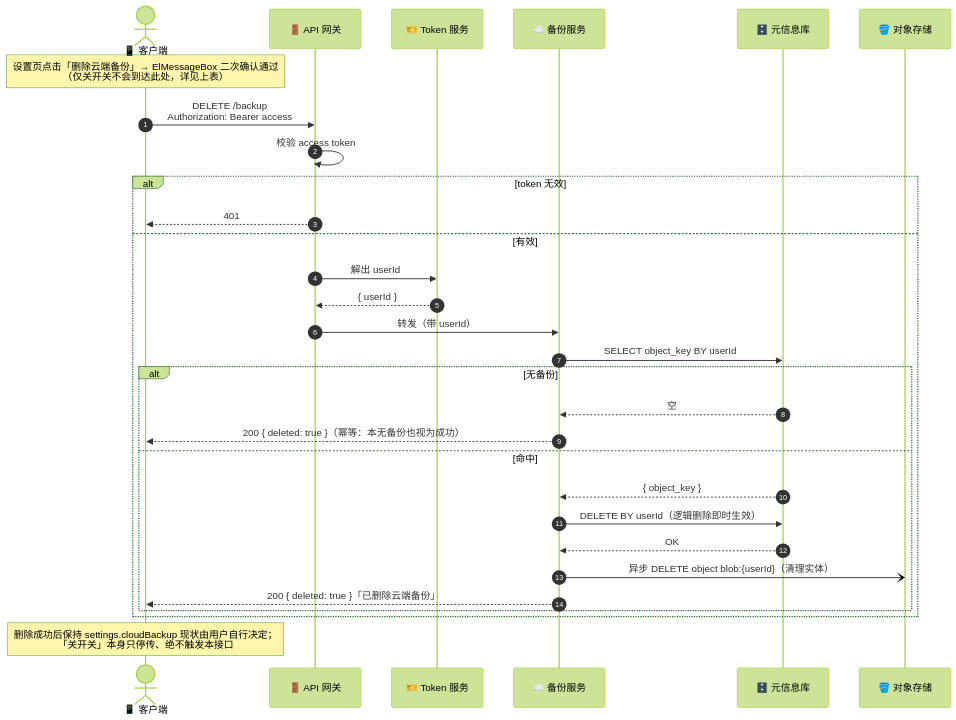
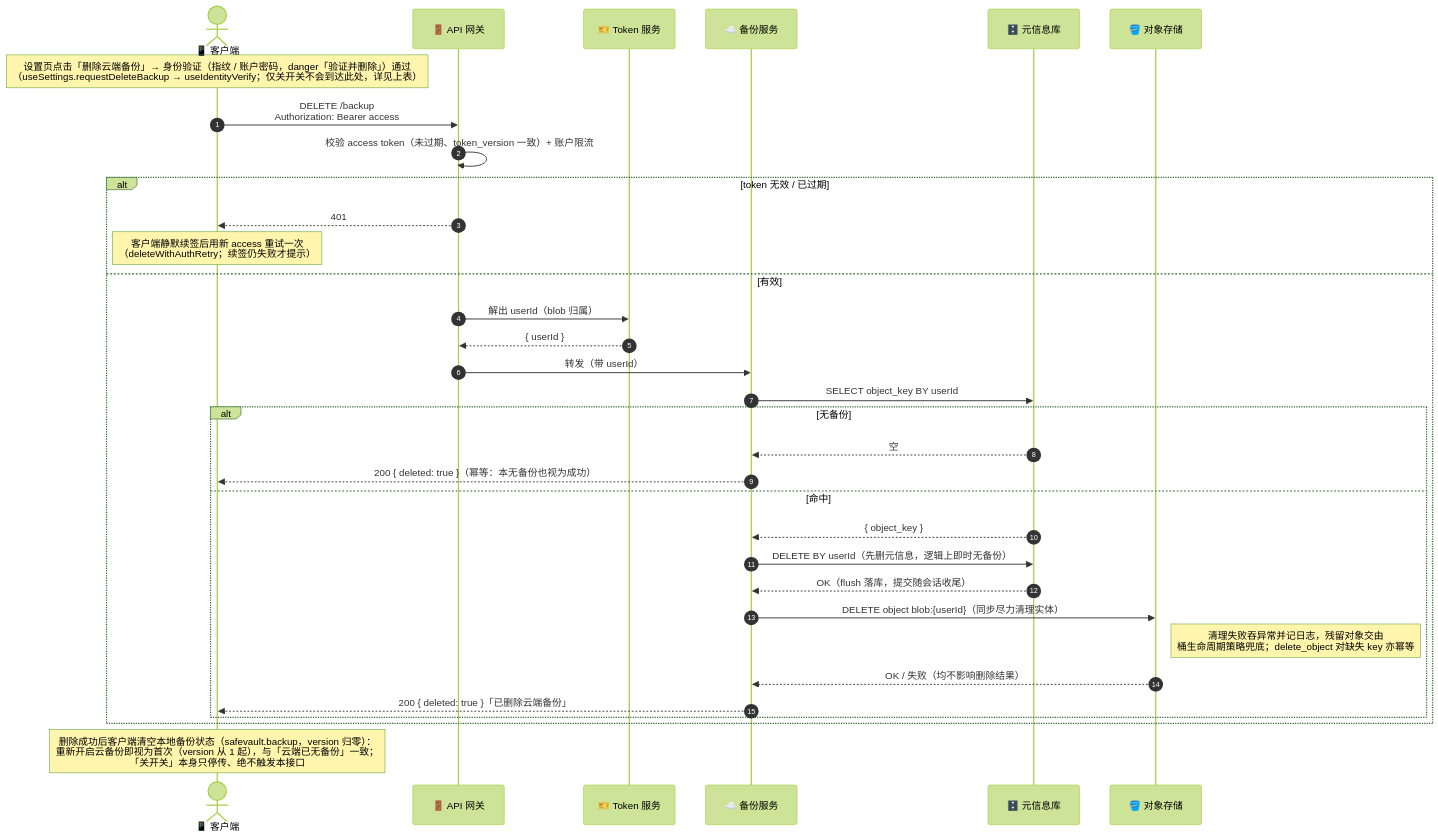
Before and after one commit to zs2731070169-web/safe_password_management: the sixth of 6 diagrams in SDD/SafeVault模块2-加密备份blob存储-时序图 v1.0.md, drawn with Mermaid (forest theme). The commit also changed other lines of this file and 69 other files, not shown here.

````diff
--- a/SDD/SafeVault模块2-加密备份blob存储-时序图 v1.0.md
+++ b/SDD/SafeVault模块2-加密备份blob存储-时序图 v1.0.md
@@ -218,33 +226,36 @@
 ```mermaid
 sequenceDiagram
     autonumber
     actor App as 📱 客户端
     participant GW as 🚪 API 网关
     participant Token as 🎫 Token 服务
     participant Backup as ☁️ 备份服务
     participant Meta as 🗄️ 元信息库
     participant OSS as 🪣 对象存储
 
-    Note over App: 设置页点击「删除云端备份」→ ElMessageBox 二次确认通过<br/>（仅关开关不会到达此处，详见上表）
+    Note over App: 设置页点击「删除云端备份」→ 身份验证（指纹 / 账户密码，danger「验证并删除」）通过<br/>（useSettings.requestDeleteBackup → useIdentityVerify；仅关开关不会到达此处，详见上表）
     App->>GW: DELETE /backup<br/>Authorization: Bearer access
-    GW->>GW: 校验 access token
-    alt token 无效
+    GW->>GW: 校验 access token（未过期、token_version 一致）+ 账户限流
+    alt token 无效 / 已过期
         GW-->>App: 401
+        Note over App: 客户端静默续签后用新 access 重试一次<br/>（deleteWithAuthRetry；续签仍失败才提示）
     else 有效
-        GW->>Token: 解出 userId
+        GW->>Token: 解出 userId（blob 归属）
         Token-->>GW: { userId }
         GW->>Backup: 转发（带 userId）
         Backup->>Meta: SELECT object_key BY userId
         alt 无备份
             Meta-->>Backup: 空
             Backup-->>App: 200 { deleted: true }（幂等：本无备份也视为成功）
         else 命中
             Meta-->>Backup: { object_key }
-            Backup->>Meta: DELETE BY userId（逻辑删除即时生效）
-            Meta-->>Backup: OK
-            Backup-)OSS: 异步 DELETE object blob:{userId}（清理实体）
+            Backup->>Meta: DELETE BY userId（先删元信息，逻辑上即时无备份）
+            Meta-->>Backup: OK（flush 落库，提交随会话收尾）
+            Backup->>OSS: DELETE object blob:{userId}（同步尽力清理实体）
+            Note right of OSS: 清理失败吞异常并记日志，残留对象交由<br/>桶生命周期策略兜底；delete_object 对缺失 key 亦幂等
+            OSS-->>Backup: OK / 失败（均不影响删除结果）
             Backup-->>App: 200 { deleted: true }「已删除云端备份」
         end
     end
-    Note over App: 删除成功后保持 settings.cloudBackup 现状由用户自行决定；<br/>「关开关」本身只停传、绝不触发本接口
+    Note over App: 删除成功后客户端清空本地备份状态（safevault.backup，version 归零）：<br/>重新开启云备份即视为首次（version 从 1 起），与「云端已无备份」一致；<br/>「关开关」本身只停传、绝不触发本接口
 ```
````
